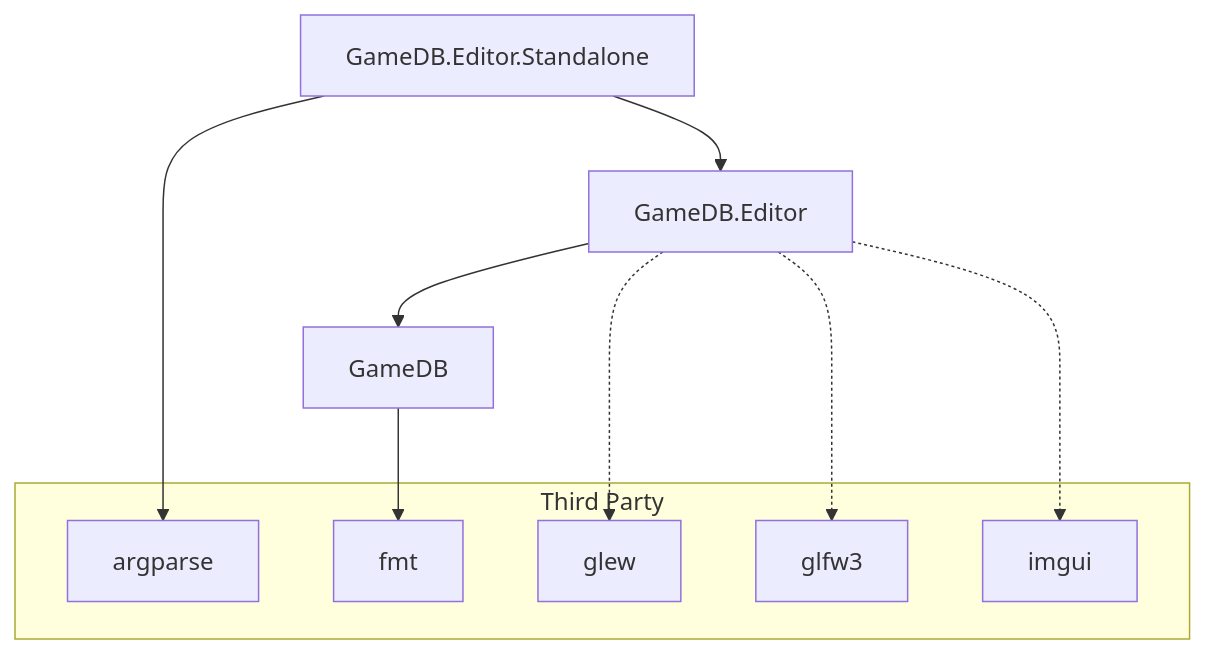
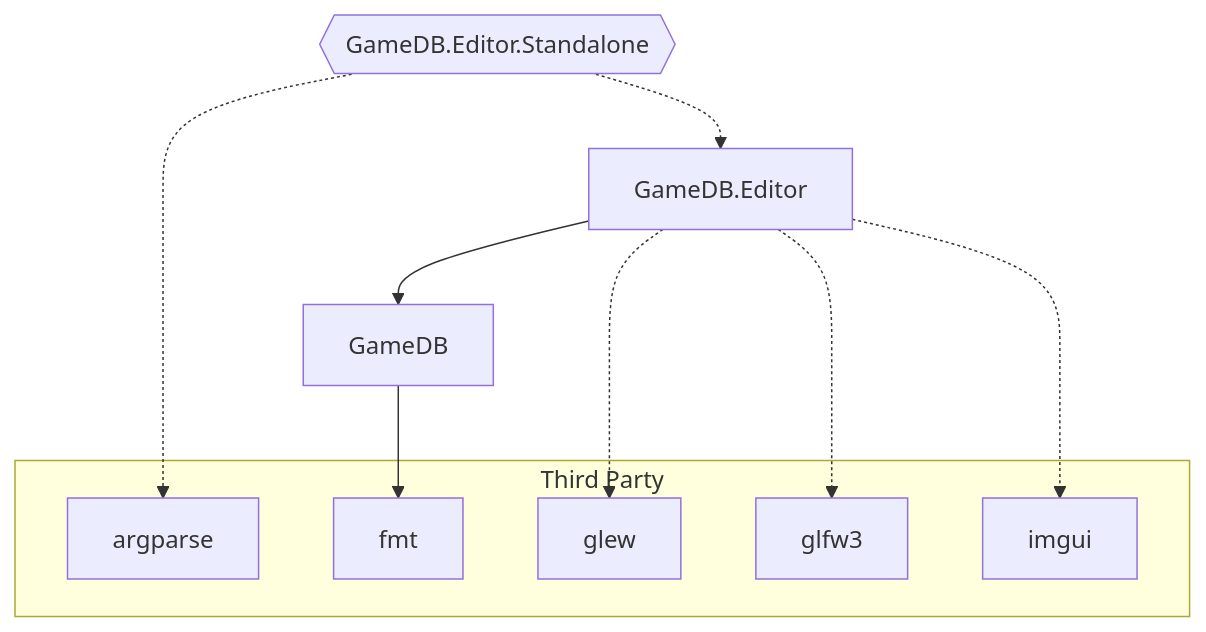
One commit to felipegodias/GameDB changed the first of 2 diagrams in Docs/ProjectOverview.md. Above: the diagram before and after it, drawn with Mermaid. The commit also changed other lines of this file, not shown here.

````diff
--- a/Docs/ProjectOverview.md
+++ b/Docs/ProjectOverview.md
@@ -5,18 +5,20 @@
 ```mermaid
 graph TD;
     subgraph Third Party
         argparse;
         fmt;
-        glew
-        glfw3
-        imgui
+        glew;
+        glfw3;
+        imgui;
     end
 
     GameDB --> fmt;
     GameDB.Editor --> GameDB;
     GameDB.Editor -.-> glew;
     GameDB.Editor -.-> glfw3;
     GameDB.Editor -.-> imgui;
-    GameDB.Editor.Standalone --> GameDB.Editor;
-    GameDB.Editor.Standalone --> argparse;
+
+    GameDB.Editor.Standalone{{GameDB.Editor.Standalone}}
+    GameDB.Editor.Standalone -.-> GameDB.Editor;
+    GameDB.Editor.Standalone -.-> argparse;
 ```
````
